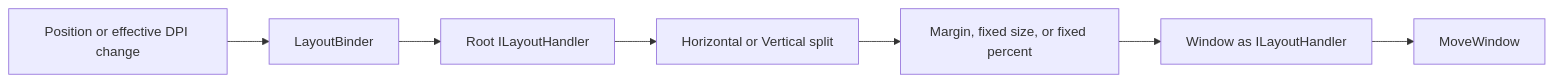
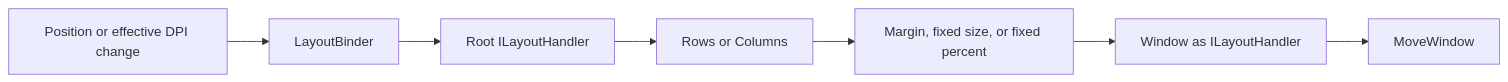
One commit to JeremyKuhne/thirtytwo changed the diagram in docs/layout-engine-evaluation.md. Above: the diagram before and after it, drawn with Mermaid. The commit also changed other lines of this file and 17 other files, not shown here.

````diff
--- a/docs/layout-engine-evaluation.md
+++ b/docs/layout-engine-evaluation.md
@@ -58,9 +59,9 @@
 ```mermaid
 flowchart LR
-  Message[Position or effective DPI change] --> Binder[LayoutBinder]
+    Message[Position or effective DPI change] --> Binder[LayoutBinder]
     Binder --> Root[Root ILayoutHandler]
-    Root --> Split[Horizontal or Vertical split]
+    Root --> Split[Rows or Columns]
     Split --> Transform[Margin, fixed size, or fixed percent]
     Transform --> Leaf[Window as ILayoutHandler]
     Leaf --> Move[MoveWindow]
 ```
````
